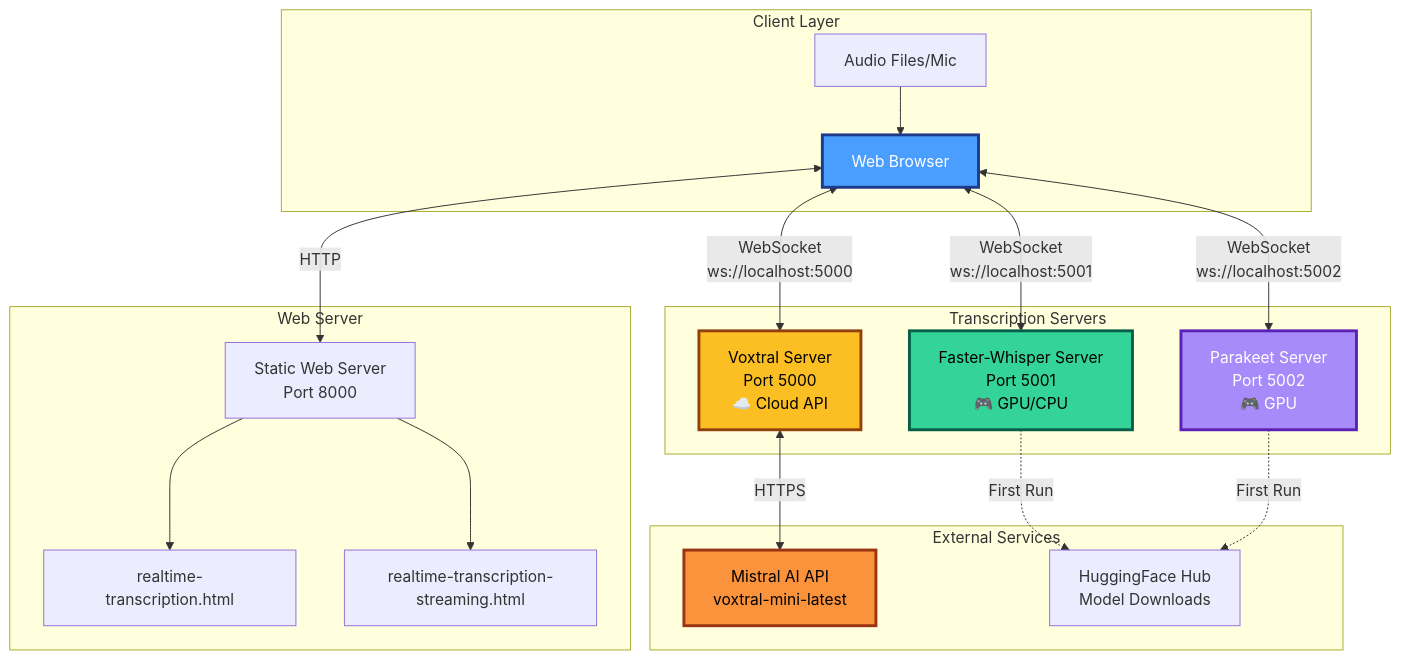
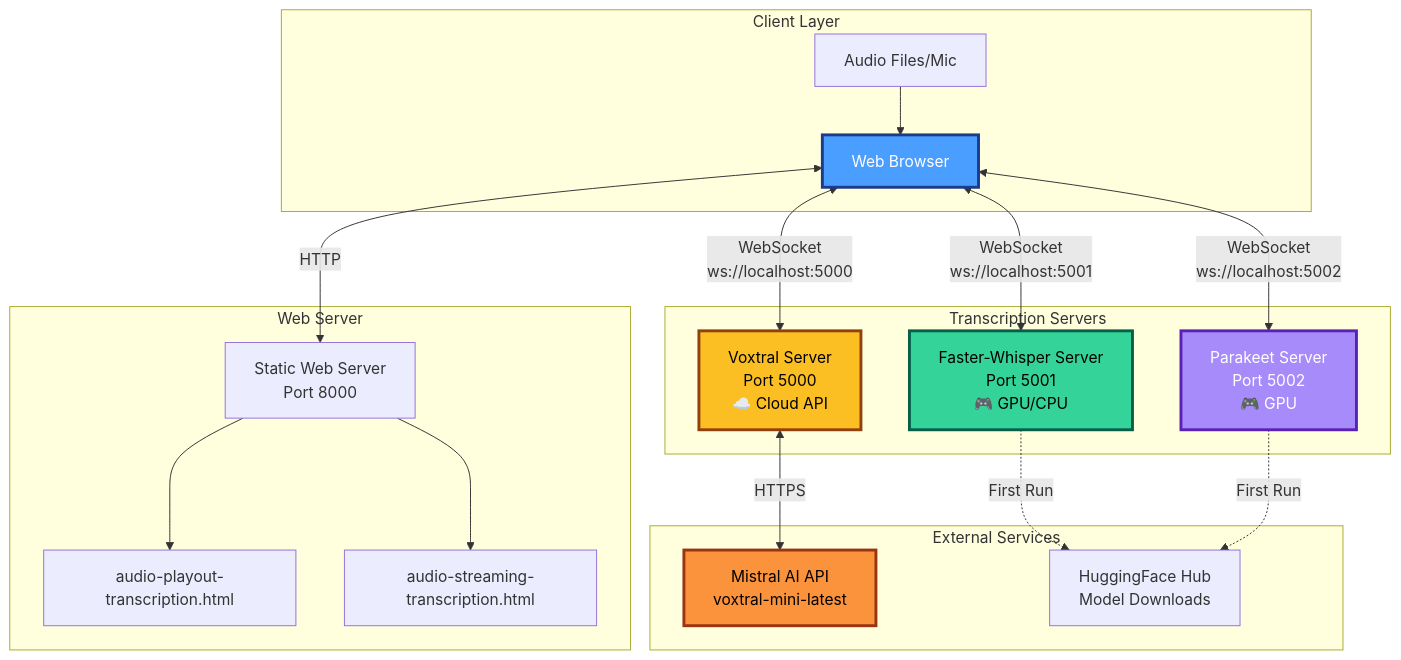
One commit to gjovanov/speech2text changed the first of 6 diagrams in README.md. Above: the diagram before and after it, drawn with Mermaid. The commit also changed other lines of this file and 26 other files, not shown here.

````diff
--- a/README.md
+++ b/README.md
@@ -57,43 +57,43 @@
 ```mermaid
 graph TB
     subgraph "Client Layer"
         Browser[Web Browser]
         Audio[Audio Files/Mic]
     end
 
     subgraph "Web Server"
         WebUI[Static Web Server<br/>Port 8000]
-        HTML1[realtime-transcription.html]
-        HTML2[realtime-transcription-streaming.html]
+        HTML1[audio-playout-transcription.html]
+        HTML2[audio-streaming-transcription.html]
     end
 
     subgraph "Transcription Servers"
         Voxtral[Voxtral Server<br/>Port 5000<br/>☁️ Cloud API]
         Whisper[Faster-Whisper Server<br/>Port 5001<br/>🎮 GPU/CPU]
         Parakeet[Parakeet Server<br/>Port 5002<br/>🎮 GPU]
     end
 
     subgraph "External Services"
         MistralAPI[Mistral AI API<br/>voxtral-mini-latest]
         HuggingFace[HuggingFace Hub<br/>Model Downloads]
     end
 
     Audio --> Browser
     Browser <-->|HTTP| WebUI
     WebUI --> HTML1
     WebUI --> HTML2
 
     Browser <-->|WebSocket<br/>ws://localhost:5000| Voxtral
     Browser <-->|WebSocket<br/>ws://localhost:5001| Whisper
     Browser <-->|WebSocket<br/>ws://localhost:5002| Parakeet
 
     Voxtral <-->|HTTPS| MistralAPI
     Whisper -.->|First Run| HuggingFace
     Parakeet -.->|First Run| HuggingFace
 
     style Browser fill:#4a9eff,stroke:#1e3a8a,stroke-width:3px,color:#fff
     style Voxtral fill:#fbbf24,stroke:#92400e,stroke-width:3px,color:#000
     style Whisper fill:#34d399,stroke:#065f46,stroke-width:3px,color:#000
     style Parakeet fill:#a78bfa,stroke:#5b21b6,stroke-width:3px,color:#fff
     style MistralAPI fill:#fb923c,stroke:#9a3412,stroke-width:3px,color:#000
 ```
````
